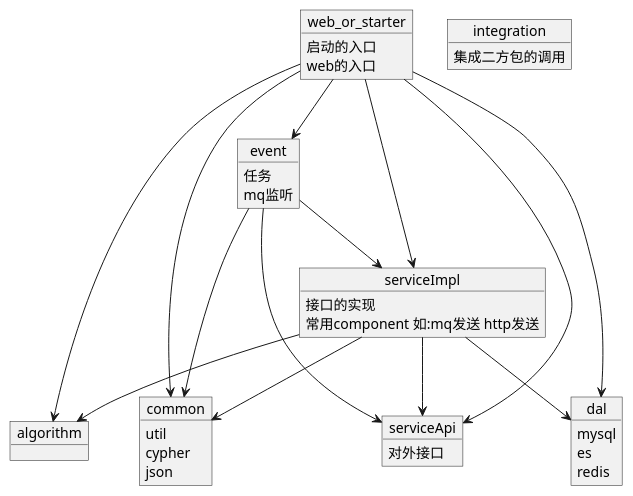
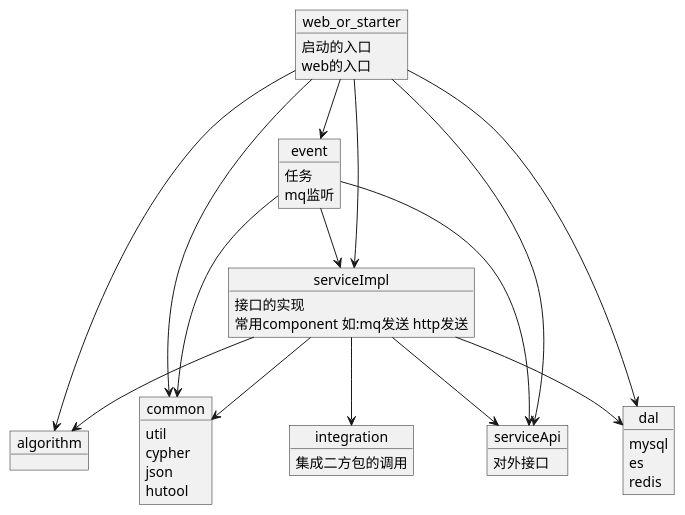
The diagram in uml/maven.puml (deipss/java-edu), drawn with PlantUML before and after one commit. The commit also changed 4 other files, not shown here.

```diff
--- a/uml/maven.puml
+++ b/uml/maven.puml
@@ -1,49 +1,51 @@
 @startuml
 object algorithm
 object integration{
     集成二方包的调用
 }
 object common{
 util
 cypher
 json
+hutool
 }
 object event{
 任务
 mq监听
 }
 object serviceApi{
 对外接口
 }
 object serviceImpl{
 接口的实现
 常用component 如:mq发送 http发送
 }
 object dal{
 mysql
 es
 redis
 }
 object web_or_starter{
 启动的入口
 web的入口
 }
 
 web_or_starter --> dal
 web_or_starter --> serviceApi
 web_or_starter --> serviceImpl
 web_or_starter --> event
 web_or_starter --> common
 web_or_starter --> algorithm
 
 serviceImpl --> serviceApi
 serviceImpl --> dal
 serviceImpl --> common
 serviceImpl --> algorithm
+serviceImpl --> integration
 
 event --> serviceApi
 event --> serviceImpl
 event --> common
 
 
 @enduml
```
